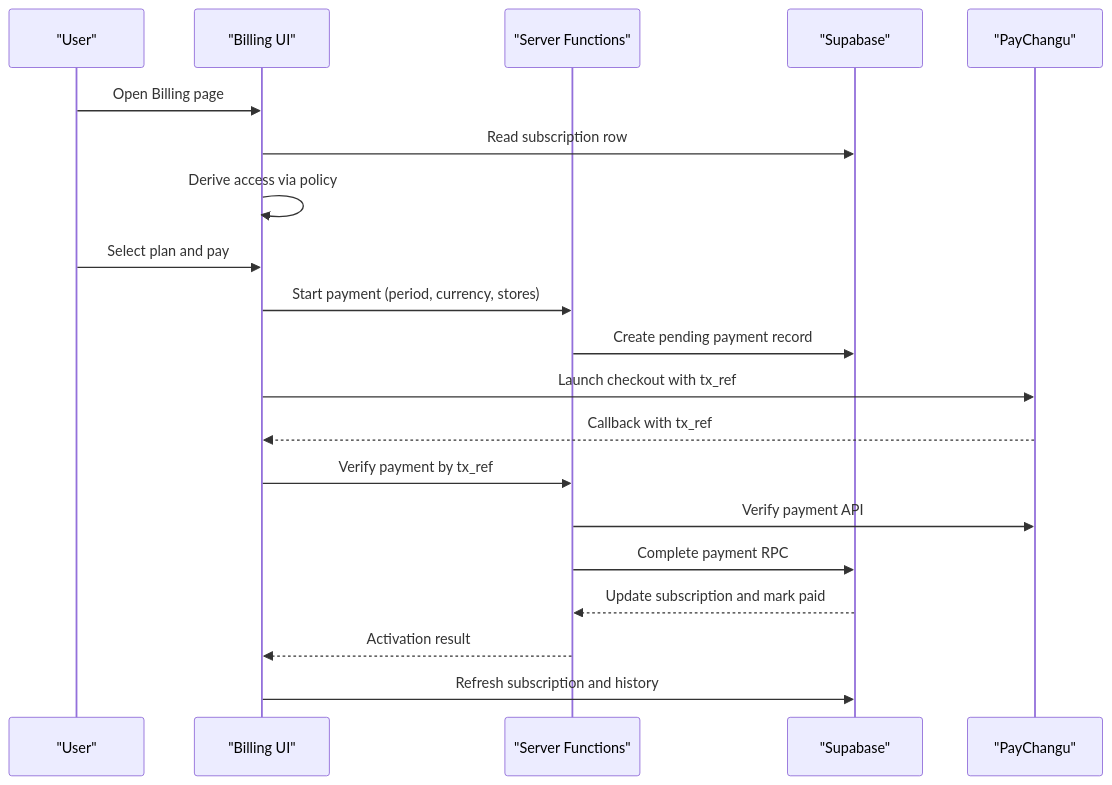
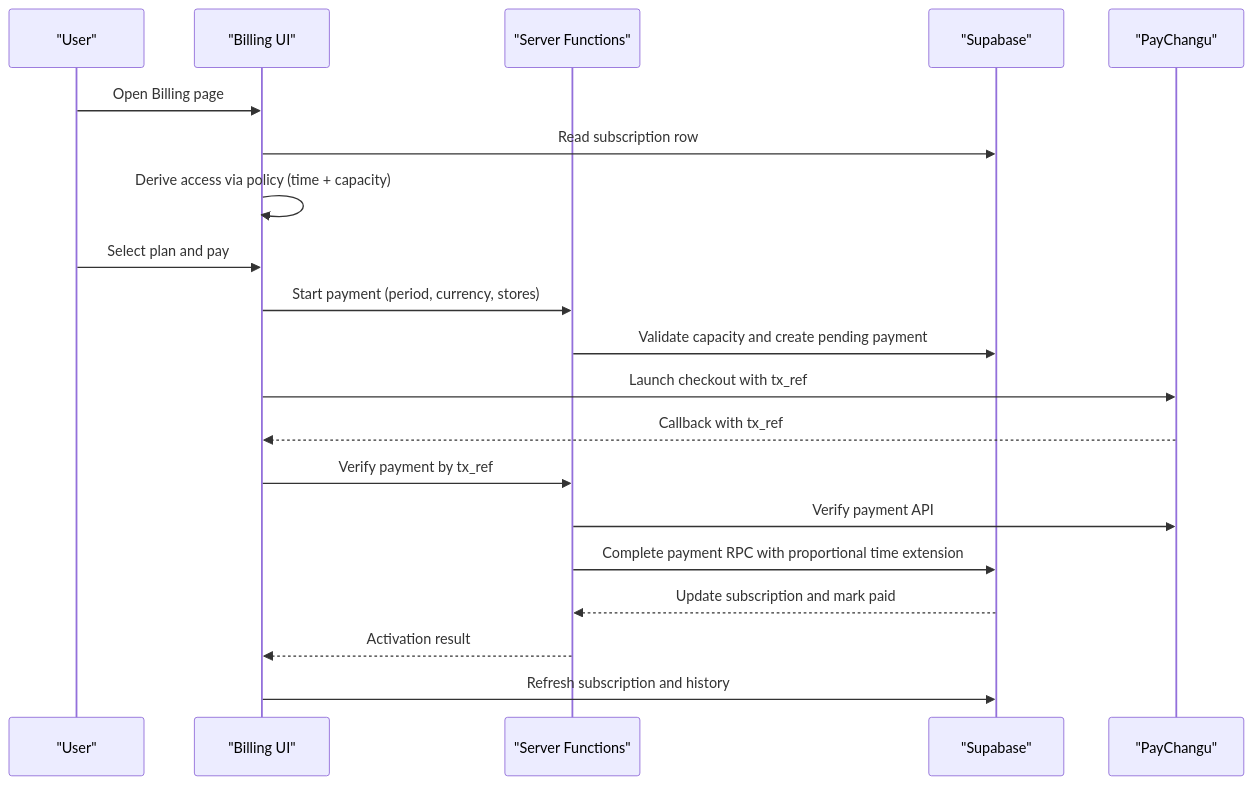
One commit to themclloyd/storq changed the second of 6 diagrams in .qoder/repowiki/en/content/Billing & Subscriptions/Billing & Subscriptions.md. Above: the diagram before and after it, drawn with Mermaid. The commit also changed other lines of this file and 31 other files, not shown here.

````diff
--- a/.qoder/repowiki/en/content/Billing & Subscriptions/Billing & Subscriptions.md
+++ b/.qoder/repowiki/en/content/Billing & Subscriptions/Billing & Subscriptions.md
@@ -98,22 +112,22 @@
 ```mermaid
 sequenceDiagram
 participant User as "User"
 participant UI as "Billing UI"
 participant SF as "Server Functions"
 participant DB as "Supabase"
 participant PC as "PayChangu"
 User->>UI : Open Billing page
 UI->>DB : Read subscription row
-UI->>UI : Derive access via policy
+UI->>UI : Derive access via policy (time + capacity)
 User->>UI : Select plan and pay
 UI->>SF : Start payment (period, currency, stores)
-SF->>DB : Create pending payment record
+SF->>DB : Validate capacity and create pending payment
 UI->>PC : Launch checkout with tx_ref
 PC-->>UI : Callback with tx_ref
 UI->>SF : Verify payment by tx_ref
 SF->>PC : Verify payment API
-SF->>DB : Complete payment RPC
+SF->>DB : Complete payment RPC with proportional time extension
 DB-->>SF : Update subscription and mark paid
 SF-->>UI : Activation result
 UI->>DB : Refresh subscription and history
 ```
````
